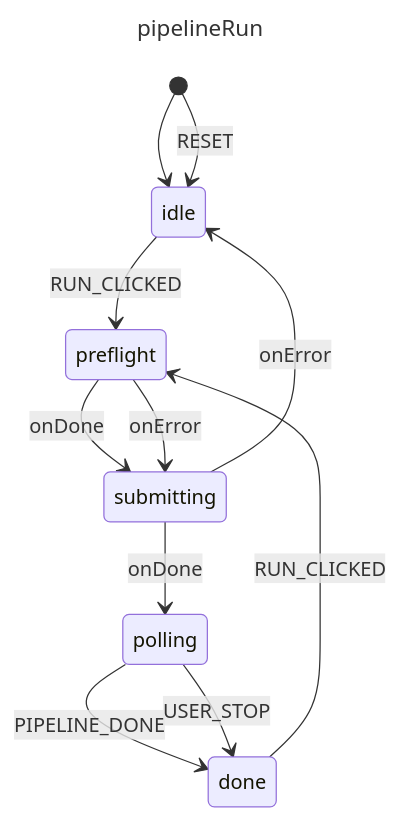
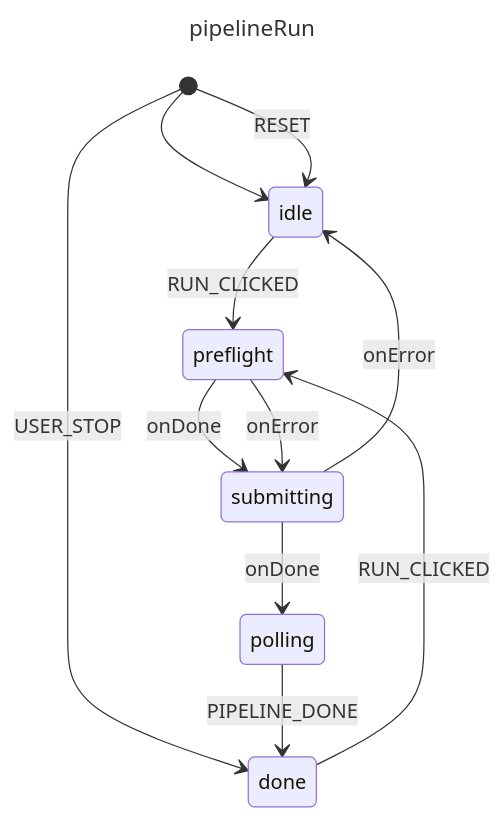
Before and after one commit to ddpoe/workflow-canvas: the diagram in wfc/canvas/static/scripts/mermaid/pipelineRun.mmd, drawn with Mermaid. The commit also changed 659 other files, not shown here.

```diff
--- a/wfc/canvas/static/scripts/mermaid/pipelineRun.mmd
+++ b/wfc/canvas/static/scripts/mermaid/pipelineRun.mmd
@@ -1,14 +1,14 @@
 ---
 title: pipelineRun
 ---
 stateDiagram-v2
   [*] --> idle
   [*] --> idle: RESET
+  [*] --> done: USER_STOP
   idle --> preflight: RUN_CLICKED
   preflight --> submitting: onDone
   preflight --> submitting: onError
   submitting --> polling: onDone
   submitting --> idle: onError
   polling --> done: PIPELINE_DONE
-  polling --> done: USER_STOP
   done --> preflight: RUN_CLICKED
```
